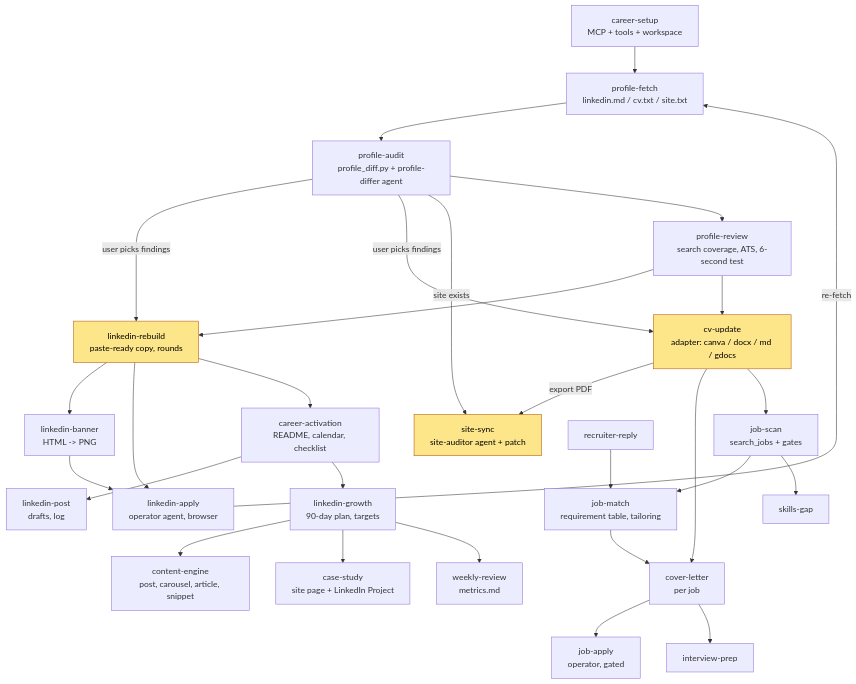
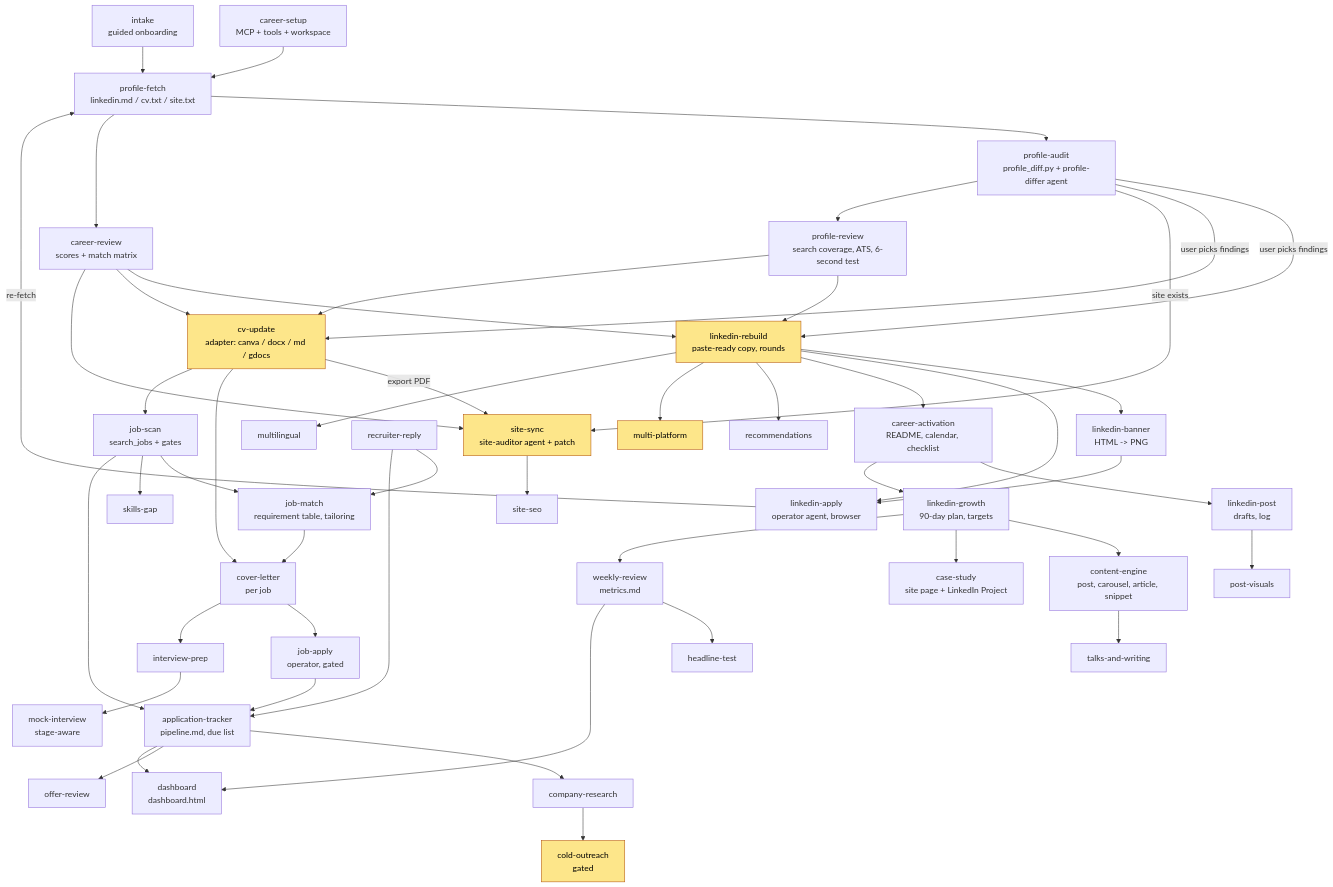
Before and after one commit to surohak/career-agents: the diagram in docs/flow.md, drawn with Mermaid. The commit also changed 42 other files, not shown here.

Commit message:
Add 15 skills: intake, career-review, pipeline, interviews per stage, outreach, offers, reach, visuals, dashboard, evals (0.4.0)

````diff
--- a/docs/flow.md
+++ b/docs/flow.md
@@ -3,32 +3,53 @@
 ```mermaid
 flowchart TD
   S0[career-setup<br/>MCP + tools + workspace] --> S1[profile-fetch<br/>linkedin.md / cv.txt / site.txt]
   S1 --> S2[profile-audit<br/>profile_diff.py + profile-differ agent]
   S2 -->|user picks findings| S3[linkedin-rebuild<br/>paste-ready copy, rounds]
   S2 -->|user picks findings| S5[cv-update<br/>adapter: canva / docx / md / gdocs]
   S2 -->|site exists| S6[site-sync<br/>site-auditor agent + patch]
   S3 --> S4[linkedin-banner<br/>HTML -> PNG]
   S3 --> S20[linkedin-apply<br/>operator agent, browser]
   S4 --> S20
   S20 -->|re-fetch| S1
   S5 -->|export PDF| S6
   S5 --> S7[cover-letter<br/>per job]
   S3 --> S8[career-activation<br/>README, calendar, checklist]
   S8 --> S9[linkedin-post<br/>drafts, log]
   S5 --> S10[job-scan<br/>search_jobs + gates]
   S10 --> S11[job-match<br/>requirement table, tailoring]
   S11 --> S7
   S7 --> S21[job-apply<br/>operator, gated]
   S7 --> S12[interview-prep]
   S2 --> S13[profile-review<br/>search coverage, ATS, 6-second test]
   S13 --> S3
   S13 --> S5
   S8 --> S14[linkedin-growth<br/>90-day plan, targets]
   S14 --> S15[content-engine<br/>post, carousel, article, snippet]
   S14 --> S16[case-study<br/>site page + LinkedIn Project]
   S14 --> S17[weekly-review<br/>metrics.md]
   S10 --> S18[skills-gap]
   S19[recruiter-reply] --> S11
+  S22[intake<br/>guided onboarding] --> S1
+  S1 --> S23[career-review<br/>scores + match matrix]
+  S23 --> S3
+  S23 --> S5
+  S23 --> S6
+  S10 --> S24[application-tracker<br/>pipeline.md, due list]
+  S21 --> S24
+  S19 --> S24
+  S24 --> S25[company-research]
+  S25 --> S26[cold-outreach<br/>gated]
+  S12 --> S27[mock-interview<br/>stage-aware]
+  S24 --> S28[offer-review]
+  S3 --> S29[recommendations]
+  S3 --> S30[multi-platform]
+  S3 --> S31[multilingual]
+  S6 --> S32[site-seo]
+  S17 --> S33[headline-test]
+  S9 --> S34[post-visuals]
+  S15 --> S35[talks-and-writing]
+  S17 --> S36[dashboard<br/>dashboard.html]
+  S24 --> S36
   classDef gate fill:#fde68a,stroke:#b45309,color:#000;
-  class S3,S5,S6 gate;
+  class S3,S5,S6,S26,S30 gate;
 ```
````
